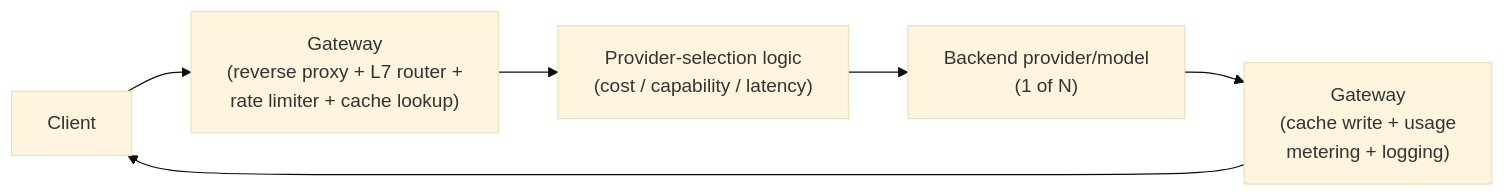
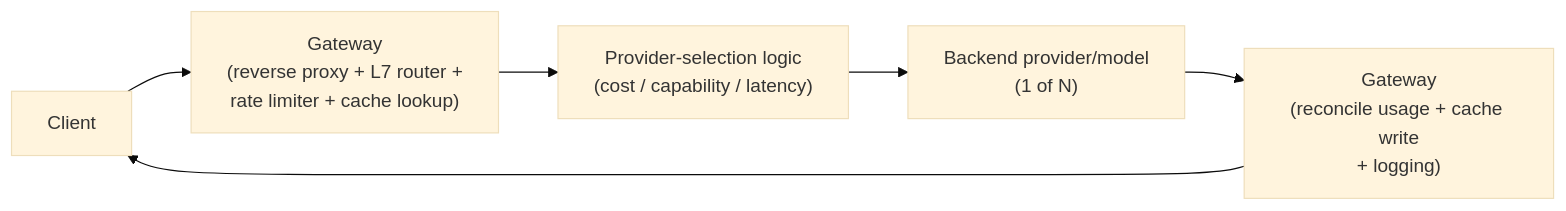
The fourth of 4 diagrams in case-studies/llm-api-gateway/README.md (romancobblepot/AI-system-design-primer), drawn with Mermaid (base theme) before and after one commit. The commit also changed other lines of this file and 49 other files, not shown here.

````diff
--- a/case-studies/llm-api-gateway/README.md
+++ b/case-studies/llm-api-gateway/README.md
@@ -163,8 +281,8 @@
 ```mermaid
 flowchart LR
     C["Client"] --> GW["Gateway\n(reverse proxy + L7 router +\nrate limiter + cache lookup)"]
     GW --> RS["Provider-selection logic\n(cost / capability / latency)"]
     RS --> P["Backend provider/model\n(1 of N)"]
-    P --> GW2["Gateway\n(cache write + usage\nmetering + logging)"]
+    P --> GW2["Gateway\n(reconcile usage + cache write\n+ logging)"]
     GW2 --> C
 ```
````
